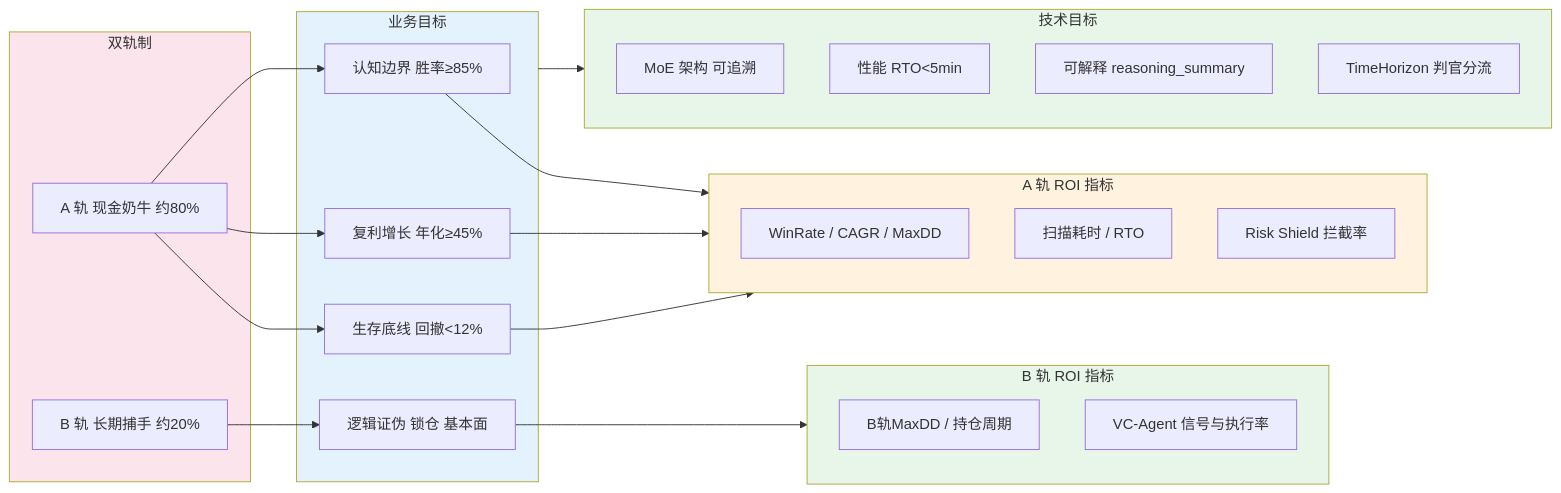
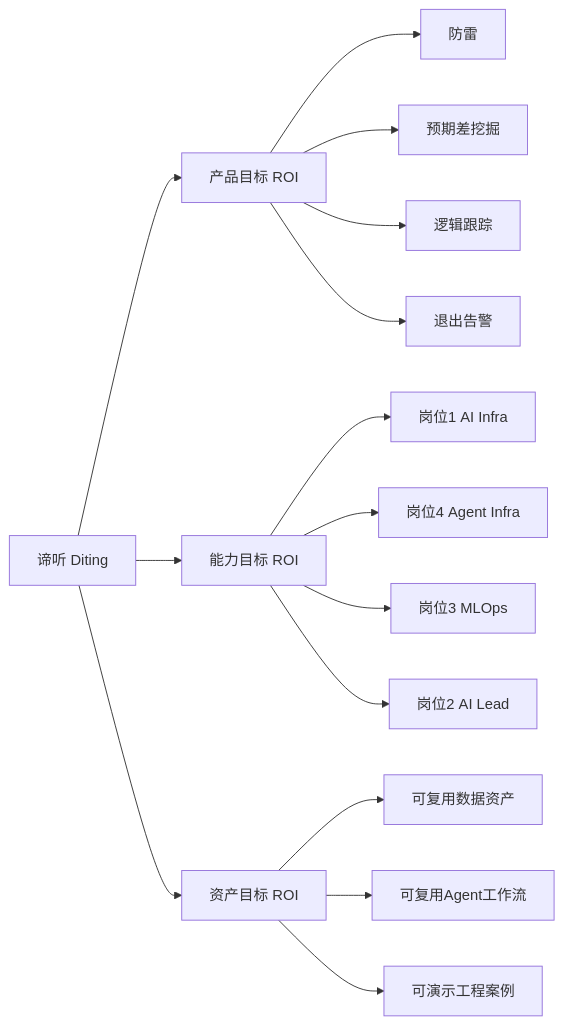
The diagram in 01_顶层概念/02_战略目标与ROI.md (myxxhui/diting-doc), drawn with Mermaid before and after one commit. The commit also changed other lines of this file and 9 other files, not shown here.

````diff
--- a/01_顶层概念/02_战略目标与ROI.md
+++ b/01_顶层概念/02_战略目标与ROI.md
@@ -60,42 +17,21 @@
 ```mermaid
 flowchart LR
-  subgraph 双轨["双轨制"]
-    A轨[A 轨 现金奶牛 约80%]
-    B轨[B 轨 长期捕手 约20%]
-  end
-  subgraph 业务目标["业务目标"]
-    B1[认知边界 胜率≥85%]
-    B2[复利增长 年化≥45%]
-    B3[生存底线 回撤<12%]
-    B4[逻辑证伪 锁仓 基本面]
-  end
-  subgraph 技术目标["技术目标"]
-    T1[MoE 架构 可追溯]
-    T2[性能 RTO<5min]
-    T3[可解释 reasoning_summary]
-    T4[TimeHorizon 判官分流]
-  end
-  subgraph ROI_A["A 轨 ROI 指标"]
-    K1[WinRate / CAGR / MaxDD]
-    K2[扫描耗时 / RTO]
-    K3[Risk Shield 拦截率]
-  end
-  subgraph ROI_B["B 轨 ROI 指标"]
-    K4[B轨MaxDD / 持仓周期]
-    K5[VC-Agent 信号与执行率]
-  end
-  A轨 --> B1
-  A轨 --> B2
-  A轨 --> B3
-  B轨 --> B4
-  业务目标 --> 技术目标
-  B1 --> ROI_A
-  B2 --> ROI_A
-  B3 --> ROI_A
-  B4 --> ROI_B
-  style 双轨 fill:#fce4ec
-  style 业务目标 fill:#e3f2fd
-  style 技术目标 fill:#e8f5e9
-  style ROI_A fill:#fff3e0
-  style ROI_B fill:#e8f5e9
+  A[谛听 Diting]
+  A --> B[产品目标 ROI]
+  A --> C[能力目标 ROI]
+  A --> D[资产目标 ROI]
+
+  B --> B1[防雷]
+  B --> B2[预期差挖掘]
+  B --> B3[逻辑跟踪]
+  B --> B4[退出告警]
+
+  C --> C1[岗位1 AI Infra]
+  C --> C2[岗位4 Agent Infra]
+  C --> C3[岗位3 MLOps]
+  C --> C4[岗位2 AI Lead]
+
+  D --> D1[可复用数据资产]
+  D --> D2[可复用Agent工作流]
+  D --> D3[可演示工程案例]
 ```
````
